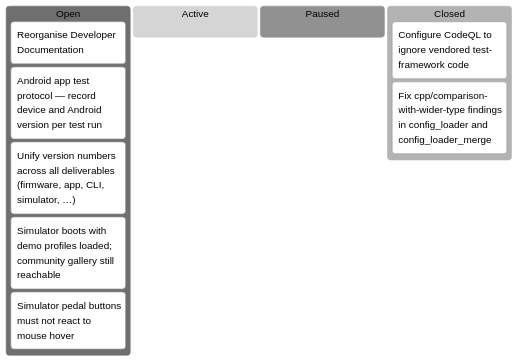
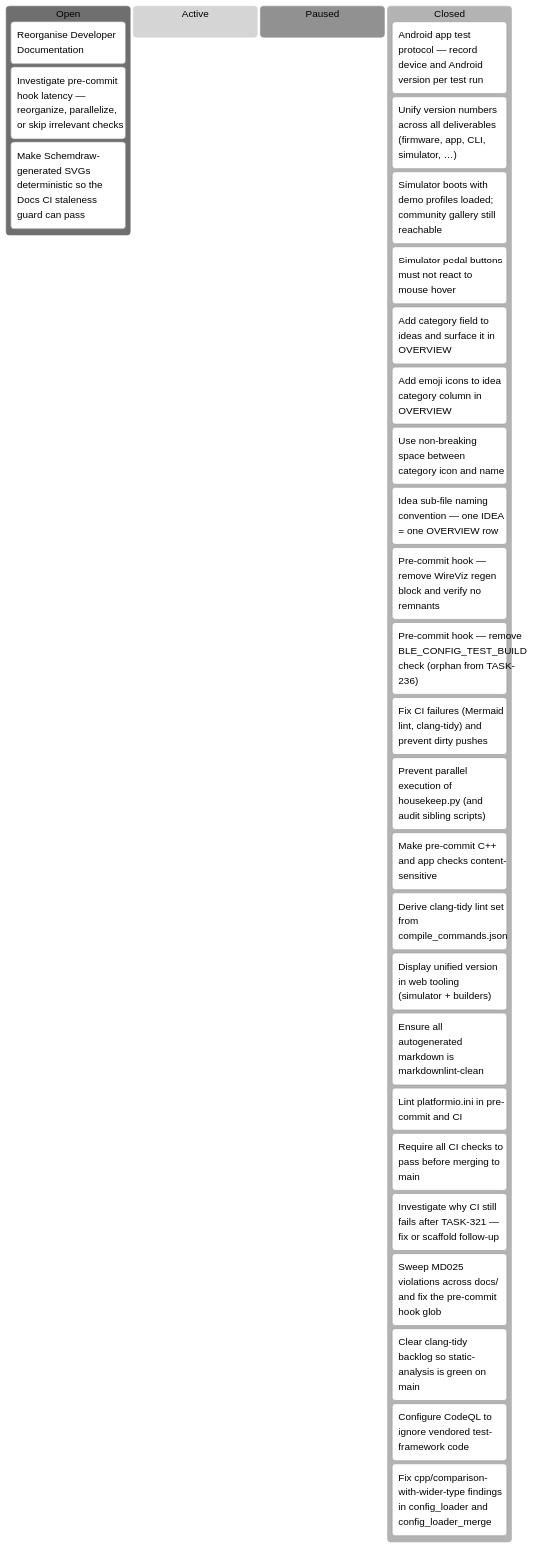
The eighth of 8 diagrams in docs/developers/tasks/KANBAN.md (tgd1975/AwesomeGuitarPedal), drawn with Mermaid (neutral theme) before and after one commit. The commit also changed other lines of this file and 438 other files, not shown here.

````diff
--- a/docs/developers/tasks/KANBAN.md
+++ b/docs/developers/tasks/KANBAN.md
@@ -73,14 +120,33 @@
 ```mermaid
 kanban
   Open
     TASK_148["Reorganise Developer Documentation"]
+    TASK_352["Investigate pre-commit hook latency — reorganize, parallelize, or skip irrelevant checks"]
+    TASK_370["Make Schemdraw-generated SVGs deterministic so the Docs CI staleness guard can pass"]
+  Active
+  Paused
+  Closed
     TASK_259["Android app test protocol — record device and Android version per test run"]
     TASK_260["Unify version numbers across all deliverables (firmware, app, CLI, simulator, …)"]
     TASK_303["Simulator boots with demo profiles loaded; community gallery still reachable"]
     TASK_304["Simulator pedal buttons must not react to mouse hover"]
-  Active
-  Paused
-  Closed
+    TASK_305["Add category field to ideas and surface it in OVERVIEW"]
+    TASK_313["Add emoji icons to idea category column in OVERVIEW"]
+    TASK_314["Use non-breaking space between category icon and name"]
+    TASK_315["Idea sub-file naming convention — one IDEA = one OVERVIEW row"]
+    TASK_319["Pre-commit hook — remove WireViz regen block and verify no remnants"]
+    TASK_320["Pre-commit hook — remove BLE_CONFIG_TEST_BUILD check (orphan from TASK-236)"]
+    TASK_321["Fix CI failures (Mermaid lint, clang-tidy) and prevent dirty pushes"]
+    TASK_328["Prevent parallel execution of housekeep.py (and audit sibling scripts)"]
+    TASK_346["Make pre-commit C++ and app checks content-sensitive"]
+    TASK_348["Derive clang-tidy lint set from compile_commands.json"]
+    TASK_350["Display unified version in web tooling (simulator + builders)"]
+    TASK_351["Ensure all autogenerated markdown is markdownlint-clean"]
+    TASK_361["Lint platformio.ini in pre-commit and CI"]
+    TASK_362["Require all CI checks to pass before merging to main"]
+    TASK_363["Investigate why CI still fails after TASK-321 — fix or scaffold follow-up"]
+    TASK_369["Sweep MD025 violations across docs/ and fix the pre-commit hook glob"]
+    TASK_371["Clear clang-tidy backlog so static-analysis is green on main"]
     TASK_372["Configure CodeQL to ignore vendored test-framework code"]
     TASK_373["Fix cpp/comparison-with-wider-type findings in config_loader and config_loader_merge"]
 ```
````
